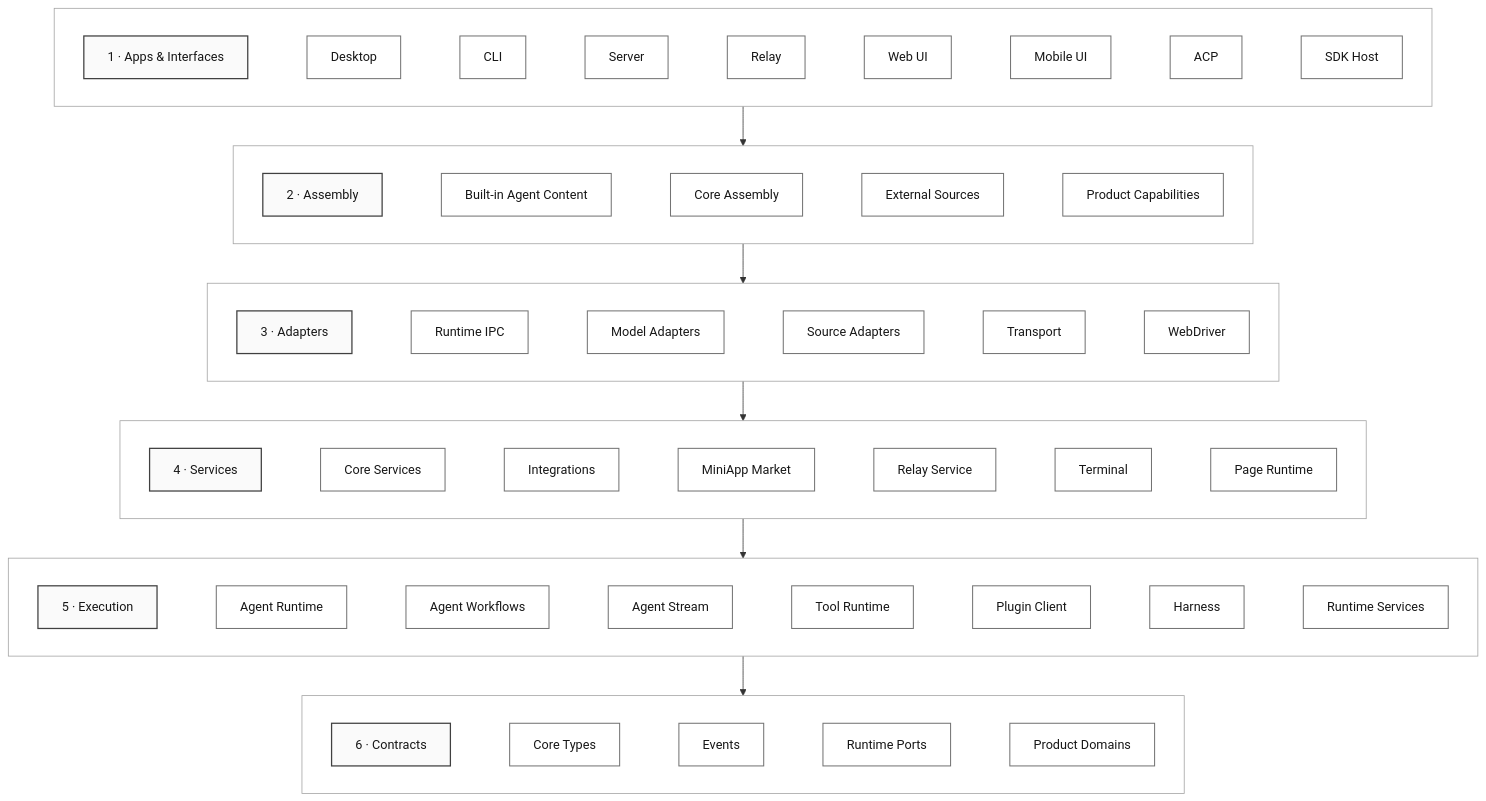
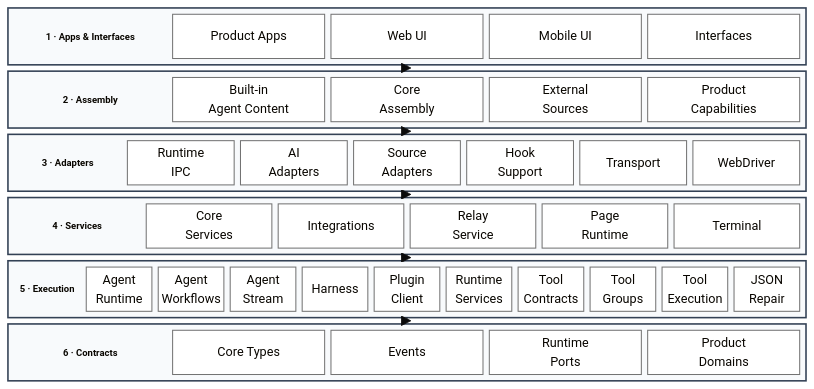
Before and after one commit to 1688mengdie/BitFun: the second of 16 diagrams in docs/architecture/product-architecture.md, drawn with Mermaid. The commit also changed other lines of this file, not shown here.

Commit message:
docs(architecture): refine 4+1 product views

````diff
--- a/docs/architecture/product-architecture.md
+++ b/docs/architecture/product-architecture.md
@@ -202,45 +135,53 @@
 ```mermaid
-flowchart TB
-  subgraph AppsLayer[" "]
-    direction LR
-    AppsTitle["1 · Apps & Interfaces"] ~~~ Desktop["Desktop"] ~~~ CLI["CLI"] ~~~ Server["Server"] ~~~ Relay["Relay"] ~~~ WebUI["Web UI"] ~~~ MobileUI["Mobile UI"] ~~~ ACP["ACP"] ~~~ SDKHost["SDK Host"]
+%%{init: {"theme":"base","block":{"padding":8}}}%%
+block-beta
+  columns 1
+
+  block:AppsLayer
+    columns 5
+    AppsTitle["1 · Apps & Interfaces"] ProductApps["Product Apps"] WebUI["Web UI"] MobileUI["Mobile UI"] Interfaces["Interfaces"]
   end
 
-  subgraph AssemblyLayer[" "]
-    direction LR
-    AssemblyTitle["2 · Assembly"] ~~~ AgentContent["Built-in Agent Content"] ~~~ CoreAssembly["Core Assembly"] ~~~ ExternalSources["External Sources"] ~~~ ProductCaps["Product Capabilities"]
+  block:AssemblyLayer
+    columns 5
+    AssemblyTitle["2 · Assembly"] AgentContent["Built-in<br/>Agent Content"] CoreAssembly["Core<br/>Assembly"] ExternalSources["External<br/>Sources"] ProductCaps["Product<br/>Capabilities"]
   end
 
-  subgraph AdaptersLayer[" "]
-    direction LR
-    AdaptersTitle["3 · Adapters"] ~~~ RuntimeIPC["Runtime IPC"] ~~~ ModelAdapters["Model Adapters"] ~~~ SourceAdapters["Source Adapters"] ~~~ Transport["Transport"] ~~~ WebDriver["WebDriver"]
+  block:AdaptersLayer
+    columns 7
+    AdaptersTitle["3 · Adapters"] RuntimeIPC["Runtime<br/>IPC"] AIAdapters["AI<br/>Adapters"] SourceAdapters["Source<br/>Adapters"] HookSupport["Hook<br/>Support"] Transport["Transport"] WebDriver["WebDriver"]
   end
 
-  subgraph ServicesLayer[" "]
-    direction LR
-    ServicesTitle["4 · Services"] ~~~ CoreServices["Core Services"] ~~~ Integrations["Integrations"] ~~~ MiniAppMarket["MiniApp Market"] ~~~ RelayService["Relay Service"] ~~~ Terminal["Terminal"] ~~~ PageRuntime["Page Runtime"]
+  block:ServicesLayer
+    columns 6
+    ServicesTitle["4 · Services"] CoreServices["Core<br/>Services"] Integrations["Integrations"] RelayService["Relay<br/>Service"] PageRuntime["Page<br/>Runtime"] Terminal["Terminal"]
   end
 
-  subgraph ExecutionLayer[" "]
-    direction LR
-    ExecutionTitle["5 · Execution"] ~~~ AgentRuntime["Agent Runtime"] ~~~ AgentWorkflows["Agent Workflows"] ~~~ AgentStream["Agent Stream"] ~~~ ToolRuntime["Tool Runtime"] ~~~ PluginClient["Plugin Client"] ~~~ Harness["Harness"] ~~~ RuntimeServices["Runtime Services"]
+  block:ExecutionLayer
+    columns 11
+    ExecutionTitle["5 · Execution"] AgentRuntime["Agent<br/>Runtime"] AgentWorkflows["Agent<br/>Workflows"] AgentStream["Agent<br/>Stream"] Harness["Harness"] PluginClient["Plugin<br/>Client"] RuntimeServices["Runtime<br/>Services"] ToolContracts["Tool<br/>Contracts"] ToolGroups["Tool<br/>Groups"] ToolExecution["Tool<br/>Execution"] JSONRepair["JSON<br/>Repair"]
   end
 
-  subgraph ContractsLayer[" "]
-    direction LR
-    ContractsTitle["6 · Contracts"] ~~~ CoreTypes["Core Types"] ~~~ Events["Events"] ~~~ RuntimePorts["Runtime Ports"] ~~~ ProductDomains["Product Domains"]
+  block:ContractsLayer
+    columns 5
+    ContractsTitle["6 · Contracts"] CoreTypes["Core Types"] Events["Events"] RuntimePorts["Runtime<br/>Ports"] ProductDomains["Product<br/>Domains"]
   end
 
-  AppsTitle --> AssemblyTitle --> AdaptersTitle --> ServicesTitle --> ExecutionTitle --> ContractsTitle
+  AppsLayer --> AssemblyLayer
+  AssemblyLayer --> AdaptersLayer
+  AdaptersLayer --> ServicesLayer
+  ServicesLayer --> ExecutionLayer
+  ExecutionLayer --> ContractsLayer
 
-  classDef header fill:#fafafa,stroke:#404040,stroke-width:1.6px,color:#171717;
-  classDef module fill:#ffffff,stroke:#737373,stroke-width:1.3px,color:#171717;
-  class AppsTitle,AssemblyTitle,AdaptersTitle,ServicesTitle,ExecutionTitle,ContractsTitle header;
-  class Desktop,CLI,Server,Relay,WebUI,MobileUI,ACP,SDKHost,AgentContent,CoreAssembly,ExternalSources,ProductCaps,RuntimeIPC,ModelAdapters,SourceAdapters,Transport,WebDriver,CoreServices,Integrations,MiniAppMarket,RelayService,Terminal,PageRuntime,AgentRuntime,AgentWorkflows,AgentStream,ToolRuntime,PluginClient,Harness,RuntimeServices,CoreTypes,Events,RuntimePorts,ProductDomains module;
-  style AppsLayer fill:#ffffff,stroke:#a3a3a3;
-  style AssemblyLayer fill:#ffffff,stroke:#a3a3a3;
-  style AdaptersLayer fill:#ffffff,stroke:#a3a3a3;
-  style ServicesLayer fill:#ffffff,stroke:#a3a3a3;
-  style ExecutionLayer fill:#ffffff,stroke:#a3a3a3;
-  style ContractsLayer fill:#ffffff,stroke:#a3a3a3;
+  classDef module fill:#ffffff,stroke:#737373,stroke-width:1.3px,color:#171717
+  classDef sectionTitle fill:transparent,stroke:transparent,color:#171717,font-size:12px,font-weight:600
+  class ProductApps,WebUI,MobileUI,Interfaces,AgentContent,CoreAssembly,ExternalSources,ProductCaps,RuntimeIPC,AIAdapters,SourceAdapters,HookSupport,Transport,WebDriver,CoreServices,Integrations,RelayService,PageRuntime,Terminal,AgentRuntime,AgentWorkflows,AgentStream,Harness,PluginClient,RuntimeServices,ToolContracts,ToolGroups,ToolExecution,JSONRepair,CoreTypes,Events,RuntimePorts,ProductDomains module
+  class AppsTitle,AssemblyTitle,AdaptersTitle,ServicesTitle,ExecutionTitle,ContractsTitle sectionTitle
+
+  style AppsLayer fill:#f8fafc,stroke:#334155,stroke-width:2px
+  style AssemblyLayer fill:#f8fafc,stroke:#334155,stroke-width:2px
+  style AdaptersLayer fill:#f8fafc,stroke:#334155,stroke-width:2px
+  style ServicesLayer fill:#f8fafc,stroke:#334155,stroke-width:2px
+  style ExecutionLayer fill:#f8fafc,stroke:#334155,stroke-width:2px
+  style ContractsLayer fill:#f8fafc,stroke:#334155,stroke-width:2px
 ```
````
